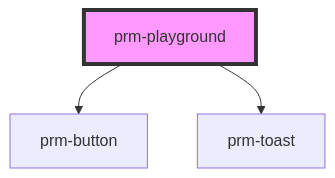
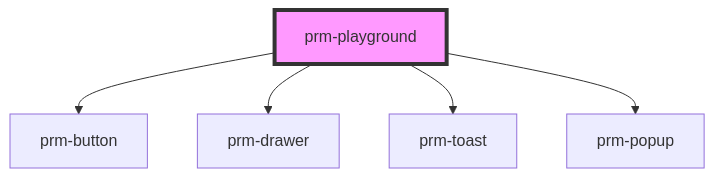
One commit to prismaui/prismaui changed the diagram in packages/core/src/components/playground/readme.md. Above: the diagram before and after it, drawn with Mermaid. The commit also changed other lines of this file and 14 other files, not shown here.

````diff
--- a/packages/core/src/components/playground/readme.md
+++ b/packages/core/src/components/playground/readme.md
@@ -16,6 +18,8 @@
 ```mermaid
 graph TD;
   prm-playground --> prm-button
+  prm-playground --> prm-drawer
   prm-playground --> prm-toast
+  prm-playground --> prm-popup
   style prm-playground fill:#f9f,stroke:#333,stroke-width:4px
 ```
````
